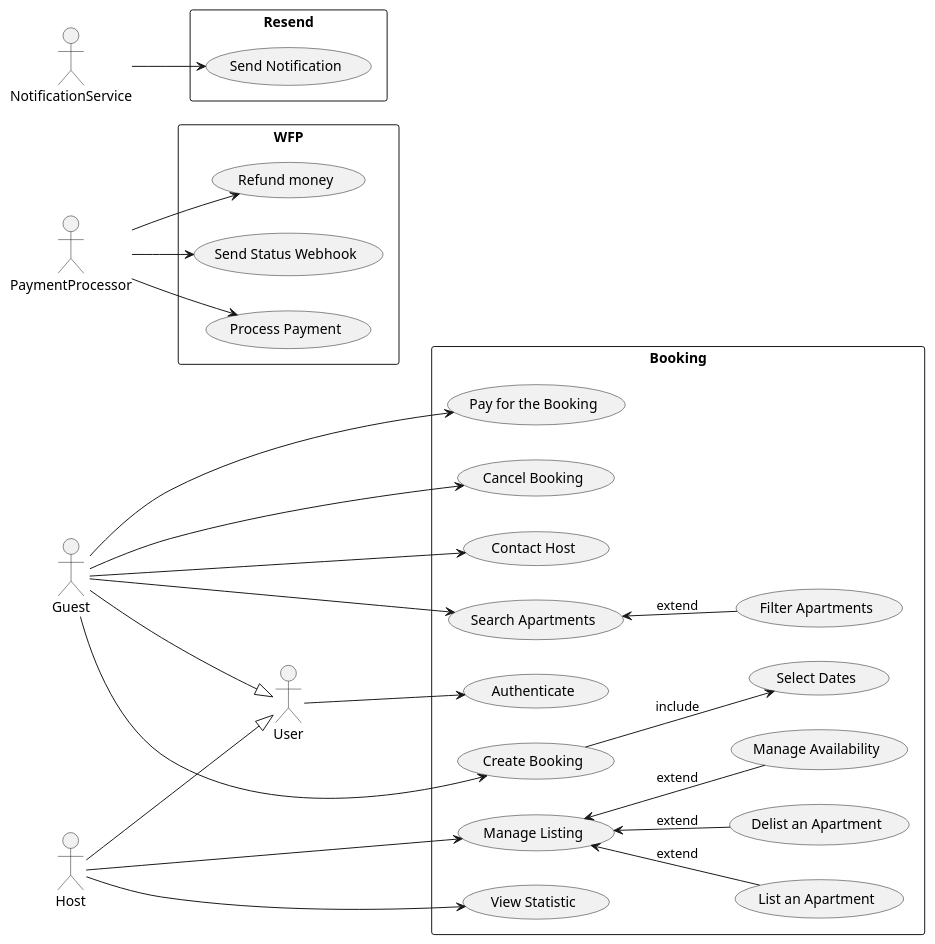
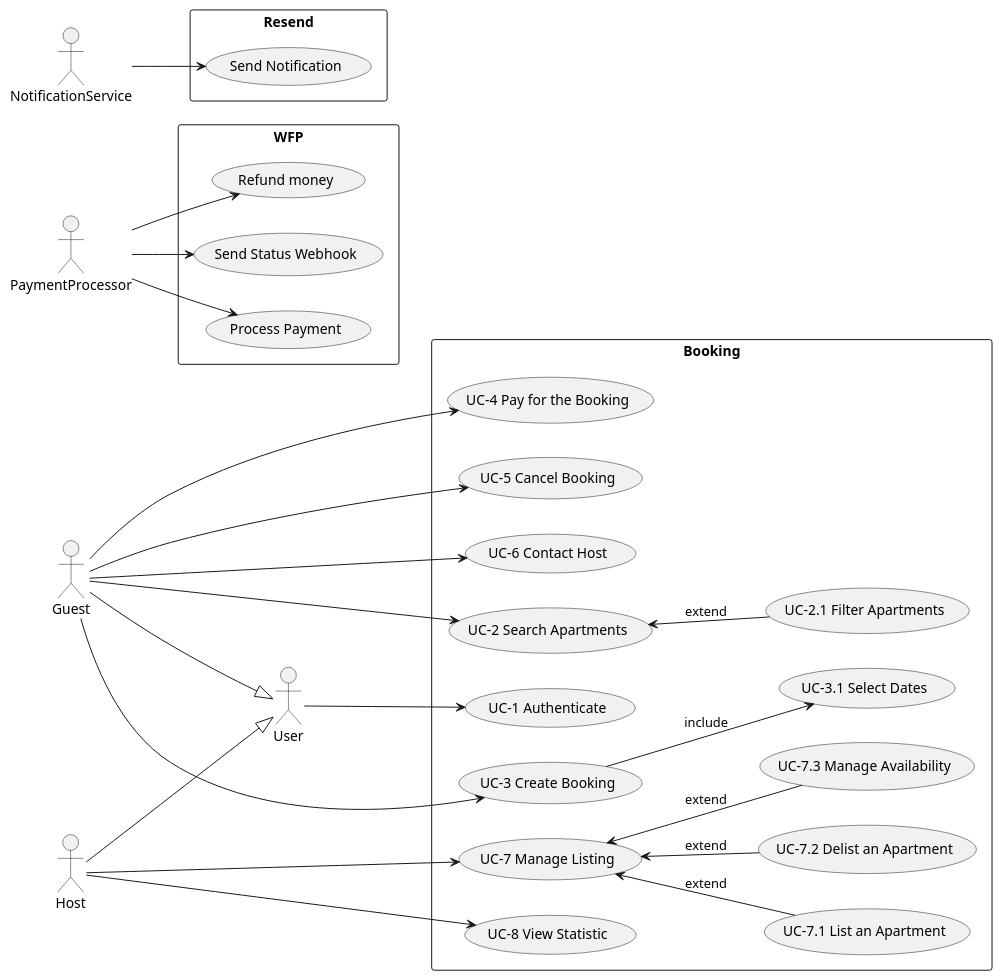
Before and after one commit to opvlad/kpi-mavpz: the diagram in lab2/ucd.md, drawn with PlantUML. The commit also changed 2 other files, not shown here.

Commit message:
fix: numbers for use cases

````diff
--- a/lab2/ucd.md
+++ b/lab2/ucd.md
@@ -1,72 +1,72 @@
 ```plantuml
 @startuml
 left to right direction
 
 actor User
 actor Guest
 actor Host
 actor PaymentProcessor
 Actor NotificationService
 
 Guest --|> User
 Host --|> User
 
 
 rectangle Booking {
-    usecase "Authenticate"
-    usecase "Search Apartments"
-    usecase "Filter Apartments"
-    usecase "Create Booking"
-    usecase "Select Dates"
-    usecase "Pay for the Booking"
-    usecase "Cancel Booking"
-    usecase "Contact Host"
+    usecase "UC-1 Authenticate"
+    usecase "UC-2 Search Apartments"
+    usecase "UC-2.1 Filter Apartments"
+    usecase "UC-3 Create Booking"
+    usecase "UC-3.1 Select Dates"
+    usecase "UC-4 Pay for the Booking"
+    usecase "UC-5 Cancel Booking"
+    usecase "UC-6 Contact Host"
 
-    usecase "Manage Listing"
-    usecase "List an Apartment"
-    usecase "Delist an Apartment"
-    usecase "Manage Availability"
-    usecase "View Statistic"
+    usecase "UC-7 Manage Listing"
+    usecase "UC-7.1 List an Apartment"
+    usecase "UC-7.2 Delist an Apartment"
+    usecase "UC-7.3 Manage Availability"
+    usecase "UC-8 View Statistic"
 
 }
 
 rectangle WFP {
     usecase "Process Payment"
     usecase "Refund money"
     usecase "Send Status Webhook"
 }
 
 rectangle Resend {
     usecase "Send Notification"
 }
 
 
-User --> "Authenticate"
+User --> "UC-1 Authenticate"
 
 
-Guest --> "Search Apartments"
-Guest --> "Create Booking"
-Guest --> "Pay for the Booking"
-Guest --> "Cancel Booking"
-Guest --> "Contact Host"
+Guest --> "UC-2 Search Apartments"
+Guest --> "UC-3 Create Booking"
+Guest --> "UC-4 Pay for the Booking"
+Guest --> "UC-5 Cancel Booking"
+Guest --> "UC-6 Contact Host"
 
-"Search Apartments" <-- "Filter Apartments" : extend
-"Create Booking" --> "Select Dates" : include
+"UC-2 Search Apartments" <-- "UC-2.1 Filter Apartments" : extend
+"UC-3 Create Booking" --> "UC-3.1 Select Dates" : include
 
 
-Host --> "Manage Listing"
-Host --> "View Statistic"
+Host --> "UC-7 Manage Listing"
+Host --> "UC-8 View Statistic"
 
-"Manage Listing" <-- "List an Apartment" : extend
-"Manage Listing" <-- "Delist an Apartment" : extend
-"Manage Listing" <-- "Manage Availability" : extend
+"UC-7 Manage Listing" <-- "UC-7.1 List an Apartment" : extend
+"UC-7 Manage Listing" <-- "UC-7.2 Delist an Apartment" : extend
+"UC-7 Manage Listing" <-- "UC-7.3 Manage Availability" : extend
 
 
 PaymentProcessor --> "Process Payment"
 PaymentProcessor --> "Refund money"
 PaymentProcessor --> "Send Status Webhook"
 
 
 NotificationService --> "Send Notification"
 @enduml
 ```
````
